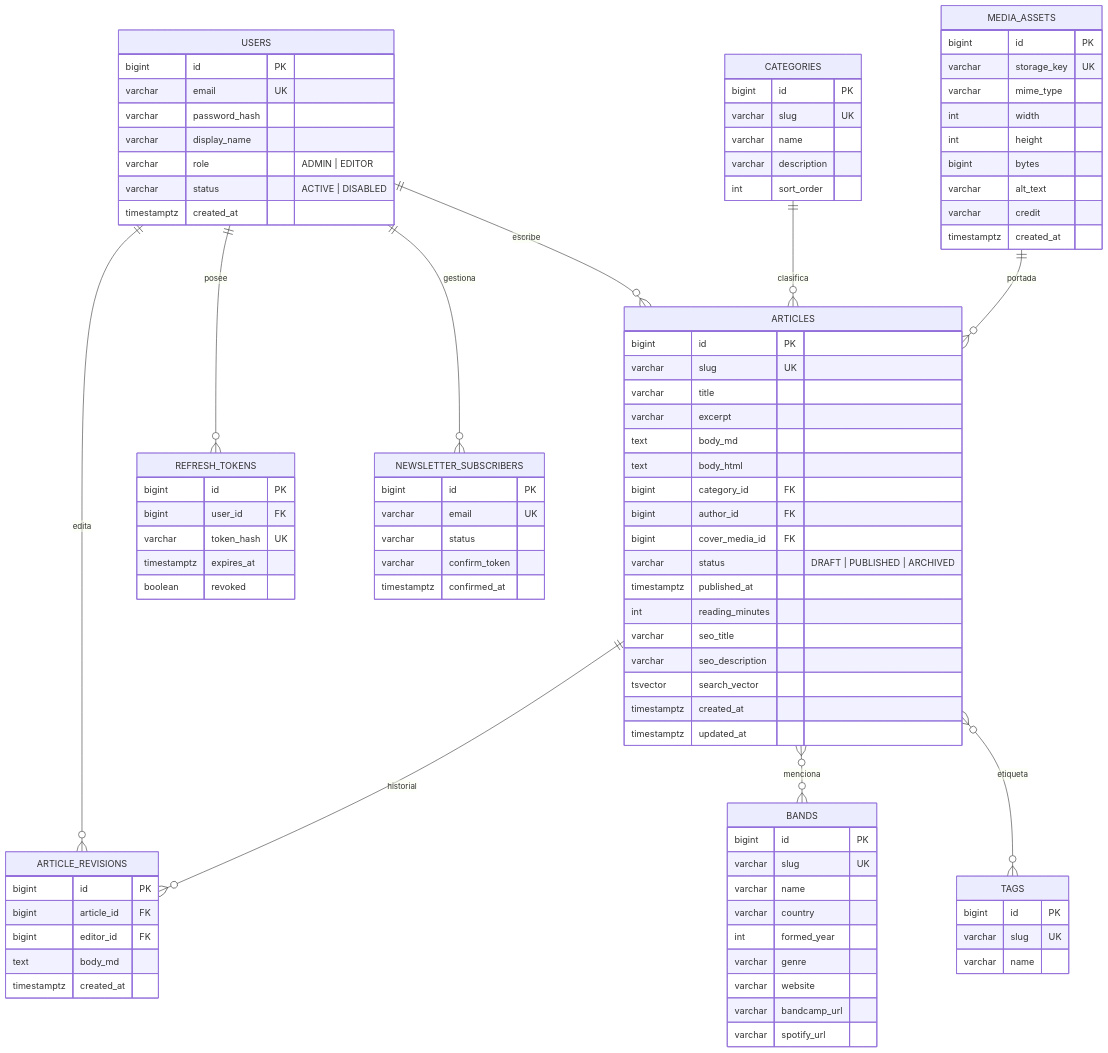
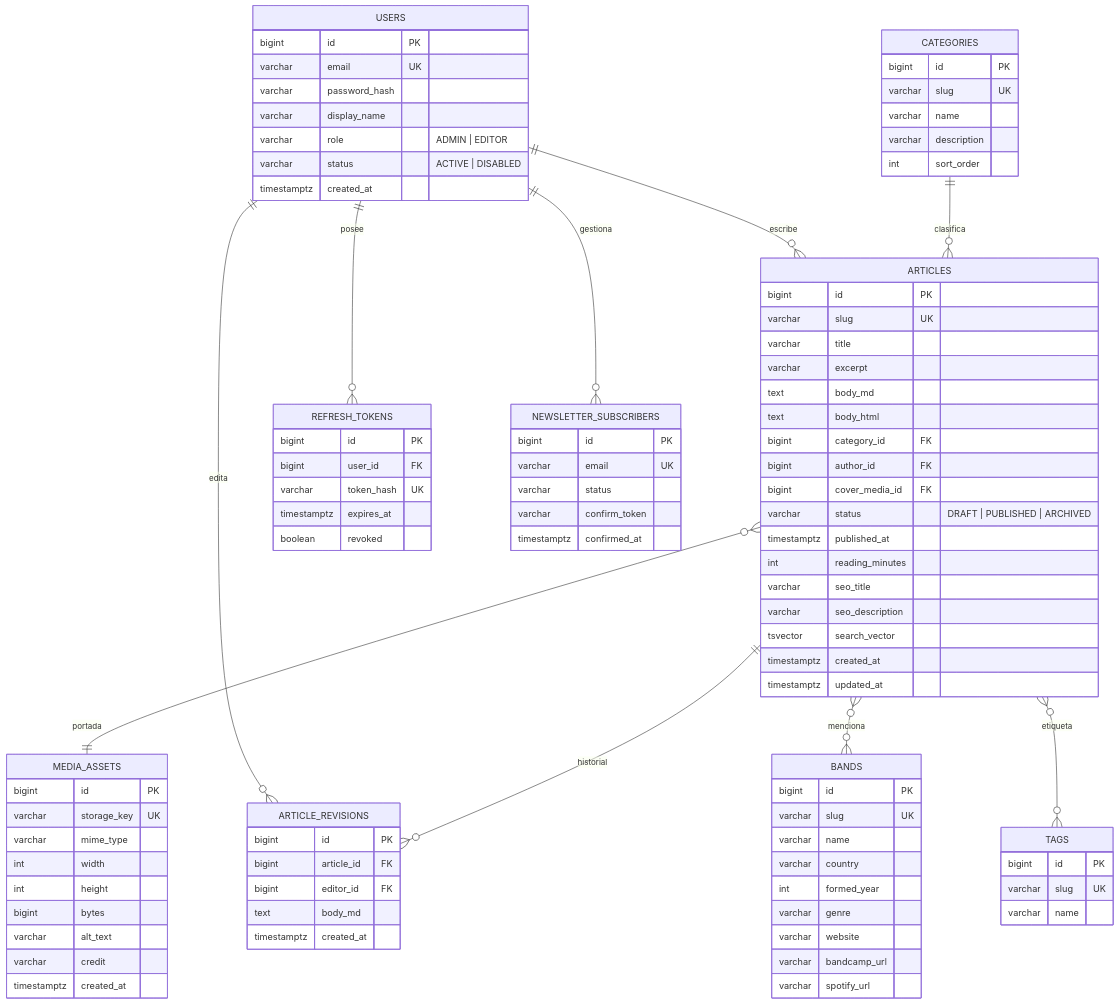
One commit to Jebimeta/the-blast-beast-api changed the diagram in docs/01-arquitectura.md. Above: the diagram before and after it, drawn with Mermaid. The commit also changed other lines of this file and 13 other files, not shown here.

```diff
--- a/docs/01-arquitectura.md
+++ b/docs/01-arquitectura.md
@@ -98,7 +98,7 @@
     USERS ||--o{ ARTICLE_REVISIONS : edita
     USERS ||--o{ REFRESH_TOKENS : posee
     CATEGORIES ||--o{ ARTICLES : clasifica
-    MEDIA_ASSETS ||--o{ ARTICLES : portada
+    ARTICLES }o--|| MEDIA_ASSETS : portada
     ARTICLES ||--o{ ARTICLE_REVISIONS : historial
     ARTICLES }o--o{ BANDS : menciona
     ARTICLES }o--o{ TAGS : etiqueta
```
